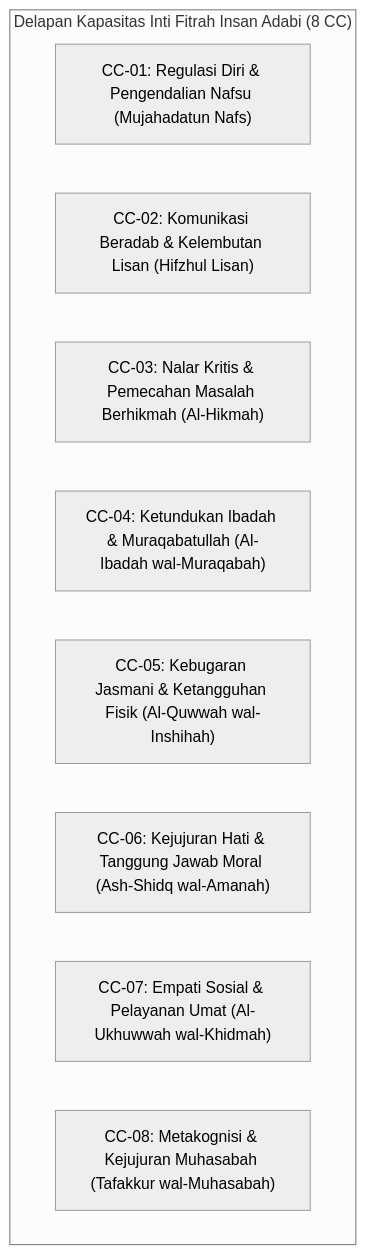
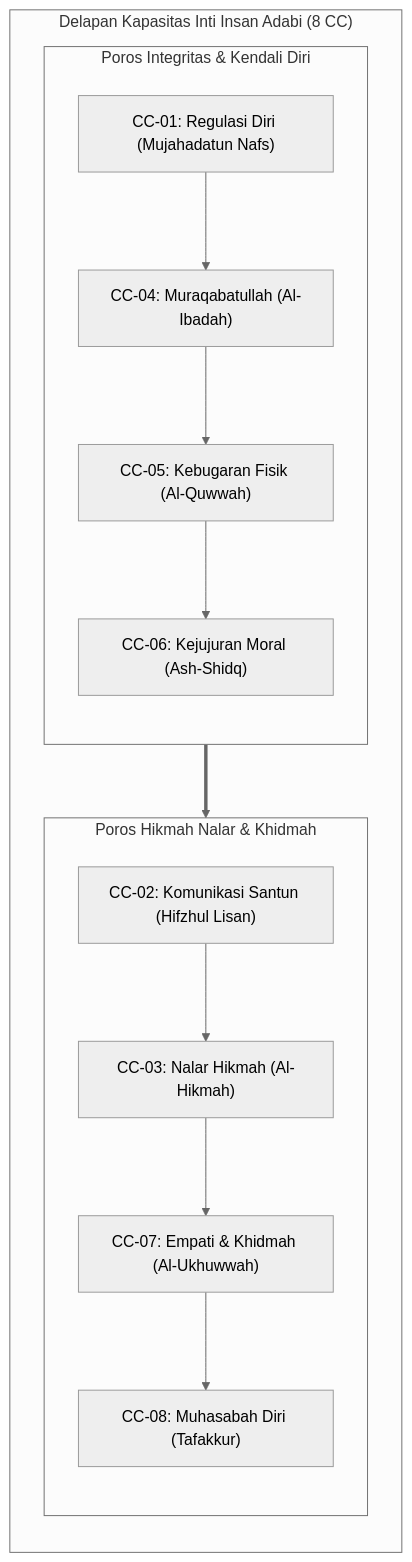
Before and after one commit to wandiapriliyandi/tumbuh: the second of 3 diagrams in BOOK Series 1/01-The-Fundamental-of-TUMBUH/Bab-12-Paradigma-Progresi-Karakter.md, drawn with Mermaid (neutral theme). The commit also changed other lines of this file and 35 other files, not shown here.

Commit message:
fix(book-01): optimasi keterbacaan diagram mermaid pada seluruh bab dan perbarui 20 file PDF

````diff
--- a/BOOK Series 1/01-The-Fundamental-of-TUMBUH/Bab-12-Paradigma-Progresi-Karakter.md
+++ b/BOOK Series 1/01-The-Fundamental-of-TUMBUH/Bab-12-Paradigma-Progresi-Karakter.md
@@ -129,13 +141,23 @@
 ```mermaid
 graph TD
-    subgraph DELAPAN_KAPASITAS_INTI_TUMBUH["Delapan Kapasitas Inti Fitrah Insan Adabi (8 CC)"]
-        CC1["CC-01: Regulasi Diri & Pengendalian Nafsu (Mujahadatun Nafs)"]
-        CC2["CC-02: Komunikasi Beradab & Kelembutan Lisan (Hifzhul Lisan)"]
-        CC3["CC-03: Nalar Kritis & Pemecahan Masalah Berhikmah (Al-Hikmah)"]
-        CC4["CC-04: Ketundukan Ibadah & Muraqabatullah (Al-Ibadah wal-Muraqabah)"]
-        CC5["CC-05: Kebugaran Jasmani & Ketangguhan Fisik (Al-Quwwah wal-Inshihah)"]
-        CC6["CC-06: Kejujuran Hati & Tanggung Jawab Moral (Ash-Shidq wal-Amanah)"]
-        CC7["CC-07: Empati Sosial & Pelayanan Umat (Al-Ukhuwwah wal-Khidmah)"]
-        CC8["CC-08: Metakognisi & Kejujuran Muhasabah (Tafakkur wal-Muhasabah)"]
+    subgraph DELAPAN_KAPASITAS_INTI_TUMBUH["Delapan Kapasitas Inti Insan Adabi (8 CC)"]
+        direction TB
+        subgraph KELOMPOK_INTEGRITAS["Poros Integritas & Kendali Diri"]
+            direction TB
+            CC1["CC-01: Regulasi Diri (Mujahadatun Nafs)"]
+            --> CC4["CC-04: Muraqabatullah (Al-Ibadah)"]
+            --> CC5["CC-05: Kebugaran Fisik (Al-Quwwah)"]
+            --> CC6["CC-06: Kejujuran Moral (Ash-Shidq)"]
+        end
+
+        subgraph KELOMPOK_SOSIAL_HIKMAH["Poros Hikmah Nalar & Khidmah"]
+            direction TB
+            CC2["CC-02: Komunikasi Santun (Hifzhul Lisan)"]
+            --> CC3["CC-03: Nalar Hikmah (Al-Hikmah)"]
+            --> CC7["CC-07: Empati & Khidmah (Al-Ukhuwwah)"]
+            --> CC8["CC-08: Muhasabah Diri (Tafakkur)"]
+        end
+
+        KELOMPOK_INTEGRITAS ==> KELOMPOK_SOSIAL_HIKMAH
     end
 ```
````
